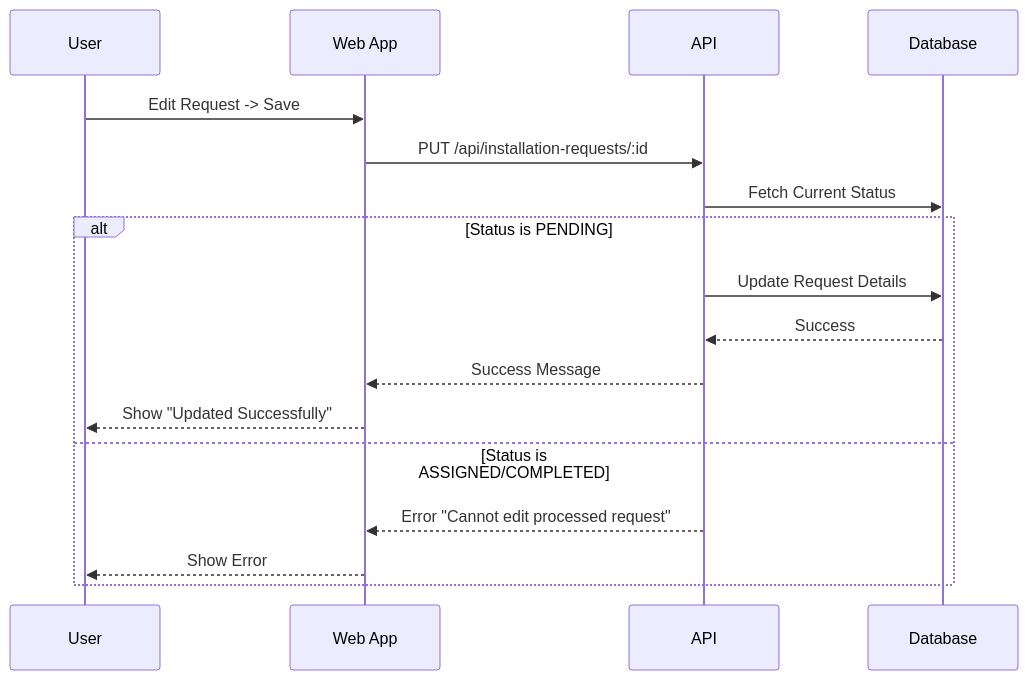
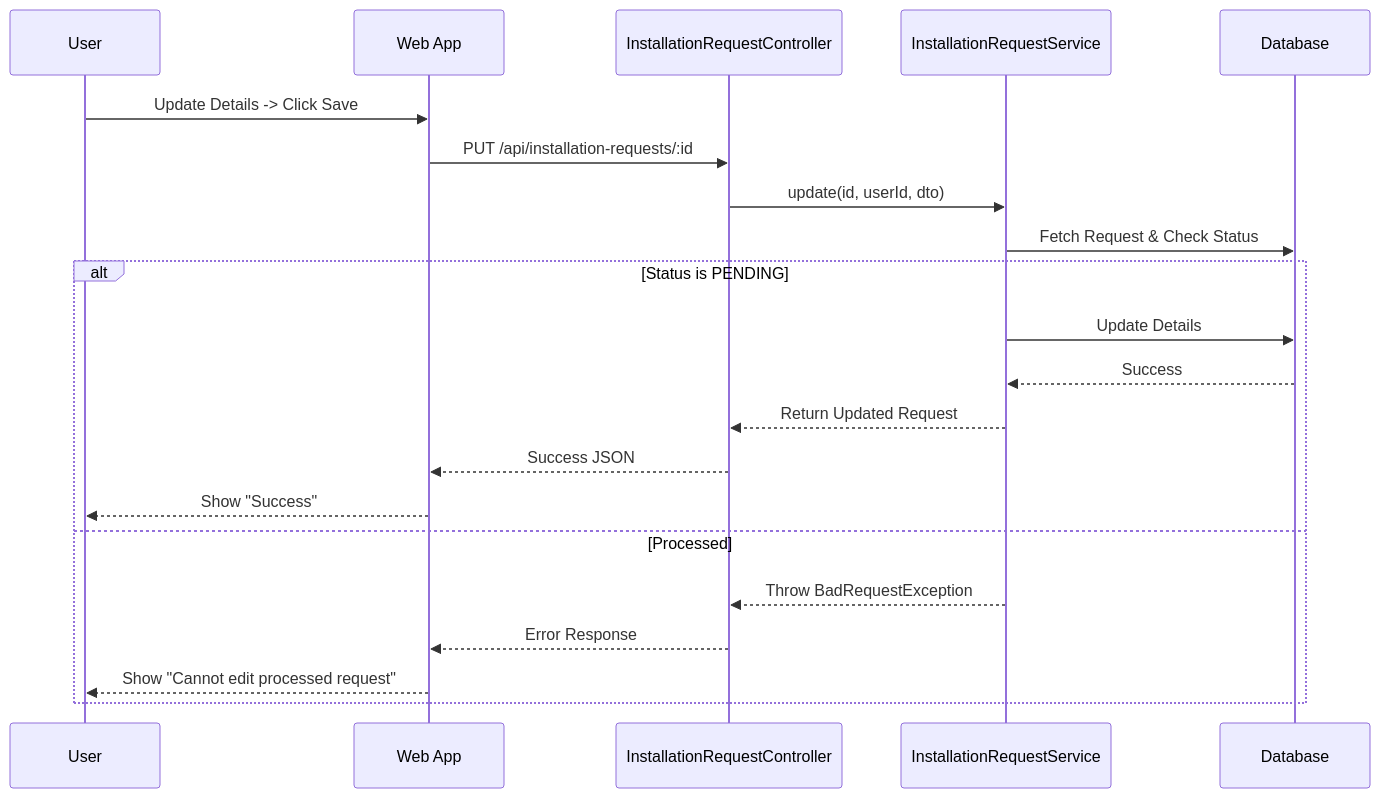
Before and after one commit to duong4444/agribot-dev: the second of 3 diagrams in DOC-TTCS/installation_request_docs.md, drawn with Mermaid. The commit also changed other lines of this file and 7 other files, not shown here.

````diff
--- a/DOC-TTCS/installation_request_docs.md
+++ b/DOC-TTCS/installation_request_docs.md
@@ -65,20 +73,25 @@
 ```mermaid
 sequenceDiagram
     participant U as User
     participant FE as Web App
-    participant BE as API
+    participant CTL as InstallationRequestController
+    participant SVC as InstallationRequestService
     participant DB as Database
 
-    U->>FE: Edit Request -> Save
-    FE->>BE: PUT /api/installation-requests/:id
-    BE->>DB: Fetch Current Status
+    U->>FE: Update Details -> Click Save
+    FE->>CTL: PUT /api/installation-requests/:id
+    CTL->>SVC: update(id, userId, dto)
+    
+    SVC->>DB: Fetch Request & Check Status
     alt Status is PENDING
-        BE->>DB: Update Request Details
-        DB-->>BE: Success
-        BE-->>FE: Success Message
-        FE-->>U: Show "Updated Successfully"
-    else Status is ASSIGNED/COMPLETED
-        BE-->>FE: Error "Cannot edit processed request"
-        FE-->>U: Show Error
+        SVC->>DB: Update Details
+        DB-->>SVC: Success
+        SVC-->>CTL: Return Updated Request
+        CTL-->>FE: Success JSON
+        FE-->>U: Show "Success"
+    else Processed
+        SVC-->>CTL: Throw BadRequestException
+        CTL-->>FE: Error Response
+        FE-->>U: Show "Cannot edit processed request"
     end
 ```
````
